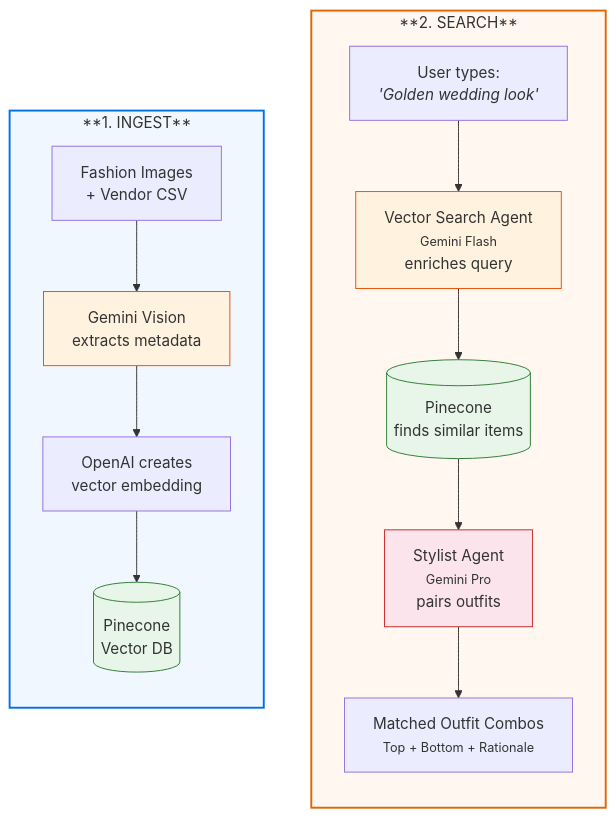
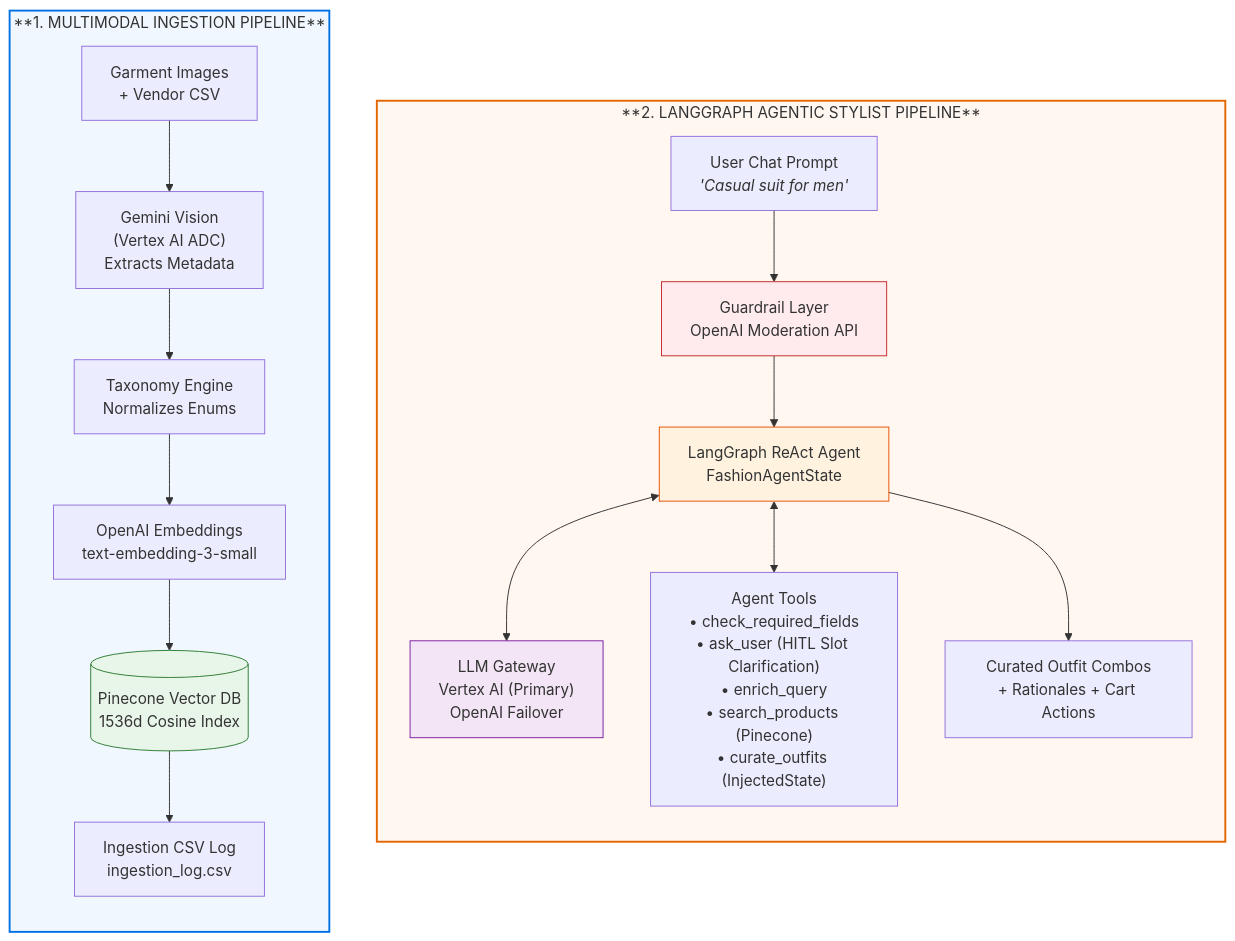
One commit to jamil225/ai-fasion-designer changed the first of 5 diagrams in docs/diagrams.md. Above: the diagram before and after it, drawn with Mermaid. The commit also changed other lines of this file and 26 other files, not shown here.

Commit message:
docs(ui): update readme, architecture documentation, and luxury UI look

````diff
--- a/docs/diagrams.md
+++ b/docs/diagrams.md
@@ -12,31 +24,39 @@
 ```mermaid
 flowchart LR
-    subgraph ONE["**1. INGEST**"]
+    subgraph INGEST["**1. MULTIMODAL INGESTION PIPELINE**"]
         direction TB
-        IMG["Fashion Images<br/>+ Vendor CSV"]
-        AI1["Gemini Vision<br/>extracts metadata"]
-        VEC["OpenAI creates<br/>vector embedding"]
-        DB[("Pinecone<br/>Vector DB")]
-        IMG --> AI1 --> VEC --> DB
+        IMG["Garment Images<br/>+ Vendor CSV"]
+        VIS["Gemini Vision<br/>(Vertex AI ADC)<br/>Extracts Metadata"]
+        NORM["Taxonomy Engine<br/>Normalizes Enums"]
+        EMB["OpenAI Embeddings<br/>text-embedding-3-small"]
+        PINE[("Pinecone Vector DB<br/>1536d Cosine Index")]
+        LOG["Ingestion CSV Log<br/>ingestion_log.csv"]
+
+        IMG --> VIS --> NORM --> EMB --> PINE
+        PINE --> LOG
     end
 
-    subgraph TWO["**2. SEARCH**"]
+    subgraph AGENT["**2. LANGGRAPH AGENTIC STYLIST PIPELINE**"]
         direction TB
-        USR["User types:<br/><i>'Golden wedding look'</i>"]
-        AGT1["Vector Search Agent<br/><small>Gemini Flash</small><br/>enriches query"]
-        PC[("Pinecone<br/>finds similar items")]
-        AGT2["Stylist Agent<br/><small>Gemini Pro</small><br/>pairs outfits"]
-        OUT["Matched Outfit Combos<br/><small>Top + Bottom + Rationale</small>"]
-        USR --> AGT1 --> PC --> AGT2 --> OUT
+        USR["User Chat Prompt<br/><i>'Casual suit for men'</i>"]
+        GUARD["Guardrail Layer<br/>OpenAI Moderation API"]
+        GRAPH["LangGraph ReAct Agent<br/>FashionAgentState"]
+        GATEWAY["LLM Gateway<br/>Vertex AI (Primary)<br/>OpenAI Failover"]
+        TOOLS["Agent Tools<br/>• check_required_fields<br/>• ask_user (HITL Slot Clarification)<br/>• enrich_query<br/>• search_products (Pinecone)<br/>• curate_outfits (InjectedState)"]
+        OUT["Curated Outfit Combos<br/>+ Rationales + Cart Actions"]
+
+        USR --> GUARD --> GRAPH
+        GRAPH <--> GATEWAY
+        GRAPH <--> TOOLS
+        GRAPH --> OUT
     end
 
-    ONE ~~~ TWO
+    INGEST ~~~ AGENT
 
-    style ONE fill:#f0f7ff,stroke:#0071e3,stroke-width:2px
-    style TWO fill:#fff7f0,stroke:#e36500,stroke-width:2px
-    style DB fill:#e8f5e9,stroke:#2e7d32
-    style PC fill:#e8f5e9,stroke:#2e7d32
-    style AGT1 fill:#fff3e0,stroke:#e65100
-    style AGT2 fill:#fce4ec,stroke:#c62828
-    style AI1 fill:#fff3e0,stroke:#e65100
+    style INGEST fill:#f0f7ff,stroke:#0071e3,stroke-width:2px
+    style AGENT fill:#fff7f0,stroke:#e36500,stroke-width:2px
+    style PINE fill:#e8f5e9,stroke:#2e7d32
+    style GATEWAY fill:#f3e5f5,stroke:#7b1fa2
+    style GRAPH fill:#fff3e0,stroke:#e65100
+    style GUARD fill:#ffebee,stroke:#c62828
 ```
````
